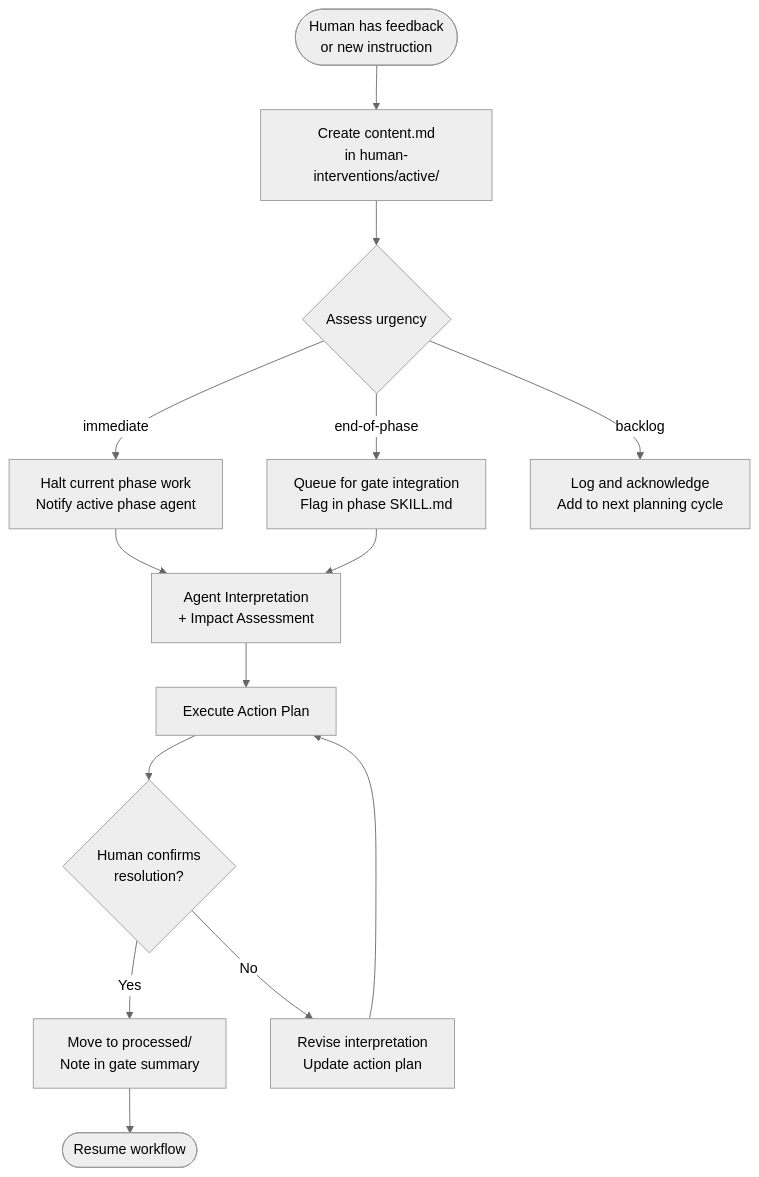
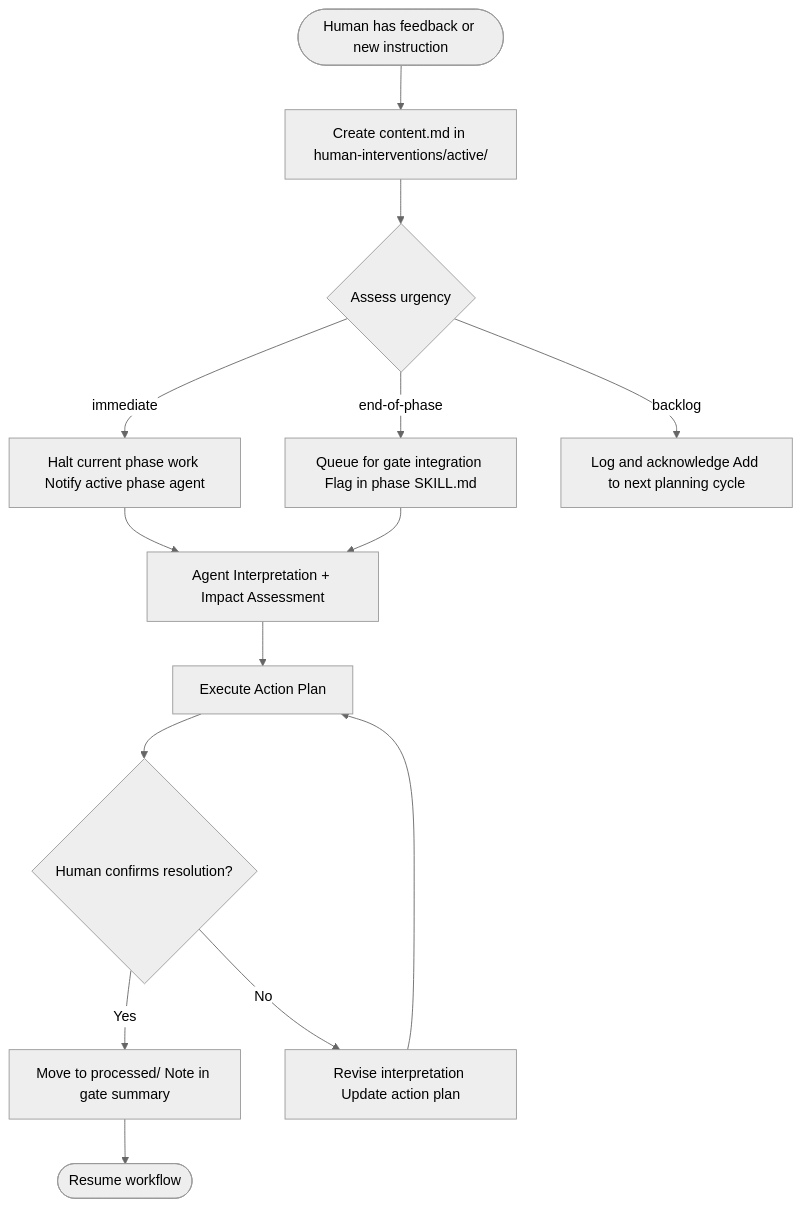
The diagram in .cursor/skills/07-human-intervention/SKILL.md (ivanyeors/product-agentic-templates), drawn with Mermaid (neutral theme) before and after one commit. The commit also changed 39 other files, not shown here.

````diff
--- a/.cursor/skills/07-human-intervention/SKILL.md
+++ b/.cursor/skills/07-human-intervention/SKILL.md
@@ -36,16 +36,16 @@
 ```mermaid
 flowchart TD
-    human([Human has feedback\nor new instruction]) --> capture[Create content.md\nin human-interventions/active/]
+    human([Human has feedback or new instruction]) --> capture[Create content.md in human-interventions/active/]
     capture --> assess{Assess urgency}
-    assess -->|immediate| halt[Halt current phase work\nNotify active phase agent]
-    assess -->|end-of-phase| queue[Queue for gate integration\nFlag in phase SKILL.md]
-    assess -->|backlog| log[Log and acknowledge\nAdd to next planning cycle]
-    halt --> interpret[Agent Interpretation\n+ Impact Assessment]
+    assess -->|immediate| halt[Halt current phase work Notify active phase agent]
+    assess -->|end-of-phase| queue[Queue for gate integration Flag in phase SKILL.md]
+    assess -->|backlog| log[Log and acknowledge Add to next planning cycle]
+    halt --> interpret[Agent Interpretation + Impact Assessment]
     queue --> interpret
     interpret --> action[Execute Action Plan]
-    action --> verify{Human confirms\nresolution?}
-    verify -->|Yes| process[Move to processed/\nNote in gate summary]
-    verify -->|No| revise[Revise interpretation\nUpdate action plan]
+    action --> verify{Human confirms resolution?}
+    verify -->|Yes| process[Move to processed/ Note in gate summary]
+    verify -->|No| revise[Revise interpretation Update action plan]
     revise --> action
     process --> resume([Resume workflow])
 ```
````
